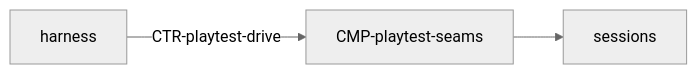
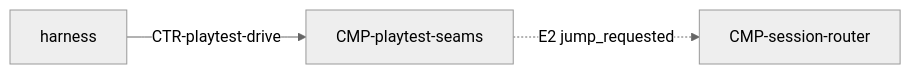
Before and after one commit to waigore/simplechessv2: the diagram in specs/technical/components/playtest-seams.md, drawn with Mermaid (neutral theme). The commit also changed other lines of this file and 120 other files, not shown here.

````diff
--- a/specs/technical/components/playtest-seams.md
+++ b/specs/technical/components/playtest-seams.md
@@ -37,8 +36,8 @@
 ```mermaid
 flowchart LR
   H[harness]
   P[CMP-playtest-seams]
-  S[sessions]
+  R[CMP-session-router]
   H -->|CTR-playtest-drive| P
-  P --> S
+  P -.->|E2 jump_requested| R
 ```
````
